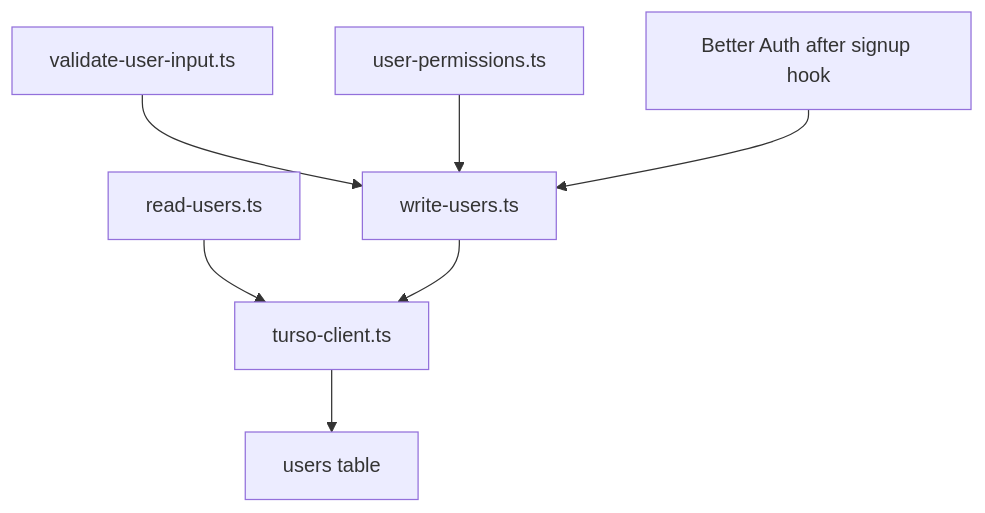
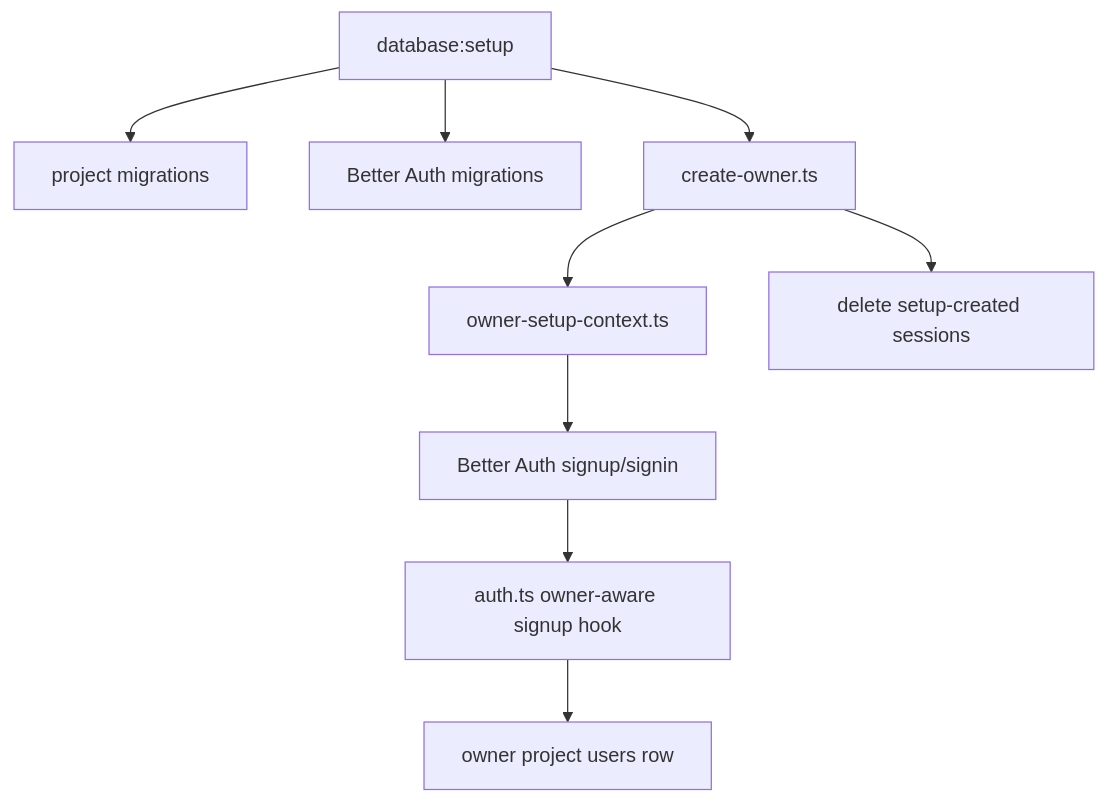
One commit to bucketb0t/Earth_In_Sound changed the third of 4 diagrams in PROJECT_LEARNING_FLOW.md. Above: the diagram before and after it, drawn with Mermaid. The commit also changed other lines of this file and 6 other files, not shown here.

````diff
--- a/PROJECT_LEARNING_FLOW.md
+++ b/PROJECT_LEARNING_FLOW.md
@@ -4536,10 +482,11 @@
 ```mermaid
 flowchart TD
-  Validation["validate-user-input.ts"] --> Write["write-users.ts"]
-  Permissions["user-permissions.ts"] --> Write
-  Read["read-users.ts"] --> Turso["turso-client.ts"]
-  Write --> Turso
-  Turso --> UsersTable["users table"]
-
-  AuthHook["Better Auth after signup hook"] --> Write
+  Setup["database:setup"] --> ProjectMigrations["project migrations"]
+  Setup --> AuthMigrations["Better Auth migrations"]
+  Setup --> OwnerScript["create-owner.ts"]
+  OwnerScript --> OwnerContext["owner-setup-context.ts"]
+  OwnerContext --> BetterAuth["Better Auth signup/signin"]
+  BetterAuth --> OwnerHook["auth.ts owner-aware signup hook"]
+  OwnerHook --> OwnerRow["owner project users row"]
+  OwnerScript --> SessionCleanup["delete setup-created sessions"]
 ```
````
